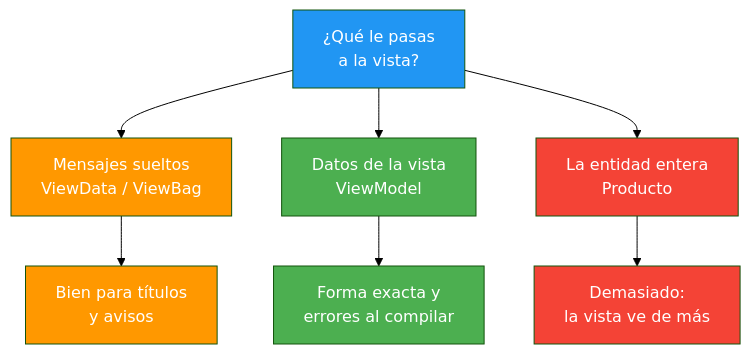
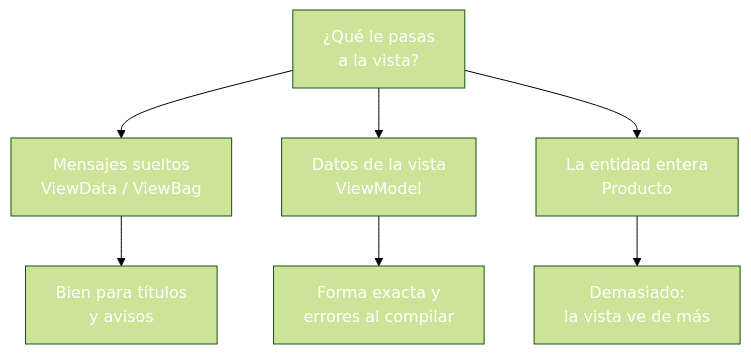
The second of 4 diagrams in 09-mvc-vistas-viewmodels.md (joseluisgs/DesarrolloWebEntornosServidor-03-2026-2027), drawn with Mermaid (forest theme) before and after one commit. The commit also changed other lines of this file and 30 other files, not shown here.

````diff
--- a/09-mvc-vistas-viewmodels.md
+++ b/09-mvc-vistas-viewmodels.md
@@ -259,16 +259,16 @@
 ```mermaid
 graph TD
     Q["¿Qué le pasas<br/>a la vista?"] --> A["Mensajes sueltos<br/>ViewData / ViewBag"]
     Q --> B["Datos de la vista<br/>ViewModel"]
     Q --> C["La entidad entera<br/>Producto"]
     A --> D["Bien para títulos<br/>y avisos"]
     B --> E["Forma exacta y<br/>errores al compilar"]
     C --> F["Demasiado:<br/>la vista ve de más"]
-    style Q fill:#2196F3,color:#fff
-    style A fill:#FF9800,color:#fff
-    style B fill:#4CAF50,color:#fff
-    style C fill:#f44336,color:#fff
-    style D fill:#FF9800,color:#fff
-    style E fill:#4CAF50,color:#fff
-    style F fill:#f44336,color:#fff
+    style Q fill:#2196F,color:#fff3,color:#fff
+    style A fill:#FF980,color:#fff0,color:#fff
+    style B fill:#4CAF5,color:#fff0,color:#fff
+    style C fill:#f4433,color:#fff6,color:#fff
+    style D fill:#FF980,color:#fff0,color:#fff
+    style E fill:#4CAF5,color:#fff0,color:#fff
+    style F fill:#f4433,color:#fff6,color:#fff
 ```
````
